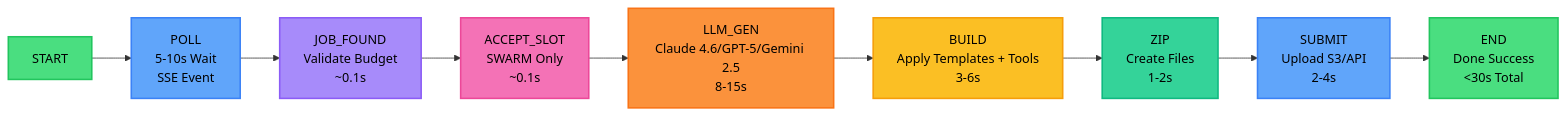
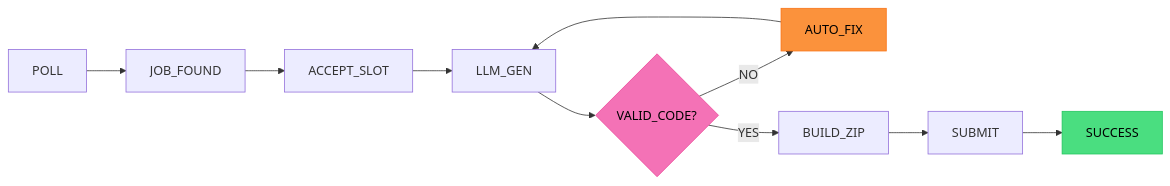
The second of 2 diagrams in README.md (anhquan075/seedstr-hackathon-agent), drawn with Mermaid before and after one commit. The commit also changed other lines of this file, not shown here.

````diff
--- a/README.md
+++ b/README.md
@@ -237,21 +110,16 @@
 ```mermaid
 graph LR
-    START[START] --> POLL[POLL<br/>5-10s Wait<br/>SSE Event]
-    POLL --> JOB_FOUND[JOB_FOUND<br/>Validate Budget<br/>~0.1s]
-    JOB_FOUND --> ACCEPT[ACCEPT_SLOT<br/>SWARM Only<br/>~0.1s]
-    ACCEPT --> LLM[LLM_GEN<br/>Claude 4.6/GPT-5/Gemini 2.5<br/>8-15s]
-    LLM --> BUILD[BUILD<br/>Apply Templates + Tools<br/>3-6s]
-    BUILD --> ZIP[ZIP<br/>Create Files<br/>1-2s]
-    ZIP --> SUBMIT[SUBMIT<br/>Upload S3/API<br/>2-4s]
-    SUBMIT --> END[END<br/>Done Success<br/>&lt;30s Total]
+    POLL[POLL] --> JOB[JOB_FOUND]
+    JOB --> ACCEPT[ACCEPT_SLOT]
+    ACCEPT --> LLM[LLM_GEN]
+    LLM --> VALIDATE{VALID_CODE?}
+    VALIDATE -- NO --> FIX[AUTO_FIX]
+    FIX --> LLM
+    VALIDATE -- YES --> BUILD[BUILD_ZIP]
+    BUILD --> SUBMIT[SUBMIT]
+    SUBMIT --> DONE[SUCCESS]
     
-    style START fill:#4ade80,stroke:#22c55e,stroke-width:2px,color:#000
-    style POLL fill:#60a5fa,stroke:#3b82f6,stroke-width:2px,color:#000
-    style JOB_FOUND fill:#a78bfa,stroke:#8b5cf6,stroke-width:2px,color:#000
-    style ACCEPT fill:#f472b6,stroke:#ec4899,stroke-width:2px,color:#000
-    style LLM fill:#fb923c,stroke:#f97316,stroke-width:2px,color:#000
-    style BUILD fill:#fbbf24,stroke:#f59e0b,stroke-width:2px,color:#000
-    style ZIP fill:#34d399,stroke:#10b981,stroke-width:2px,color:#000
-    style SUBMIT fill:#60a5fa,stroke:#3b82f6,stroke-width:2px,color:#000
-    style END fill:#4ade80,stroke:#22c55e,stroke-width:2px,color:#000
+    style VALIDATE fill:#f472b6,stroke:#ec4899,color:#000
+    style FIX fill:#fb923c,stroke:#f97316,color:#000
+    style DONE fill:#4ade80,stroke:#22c55e,color:#000
 ```
````
